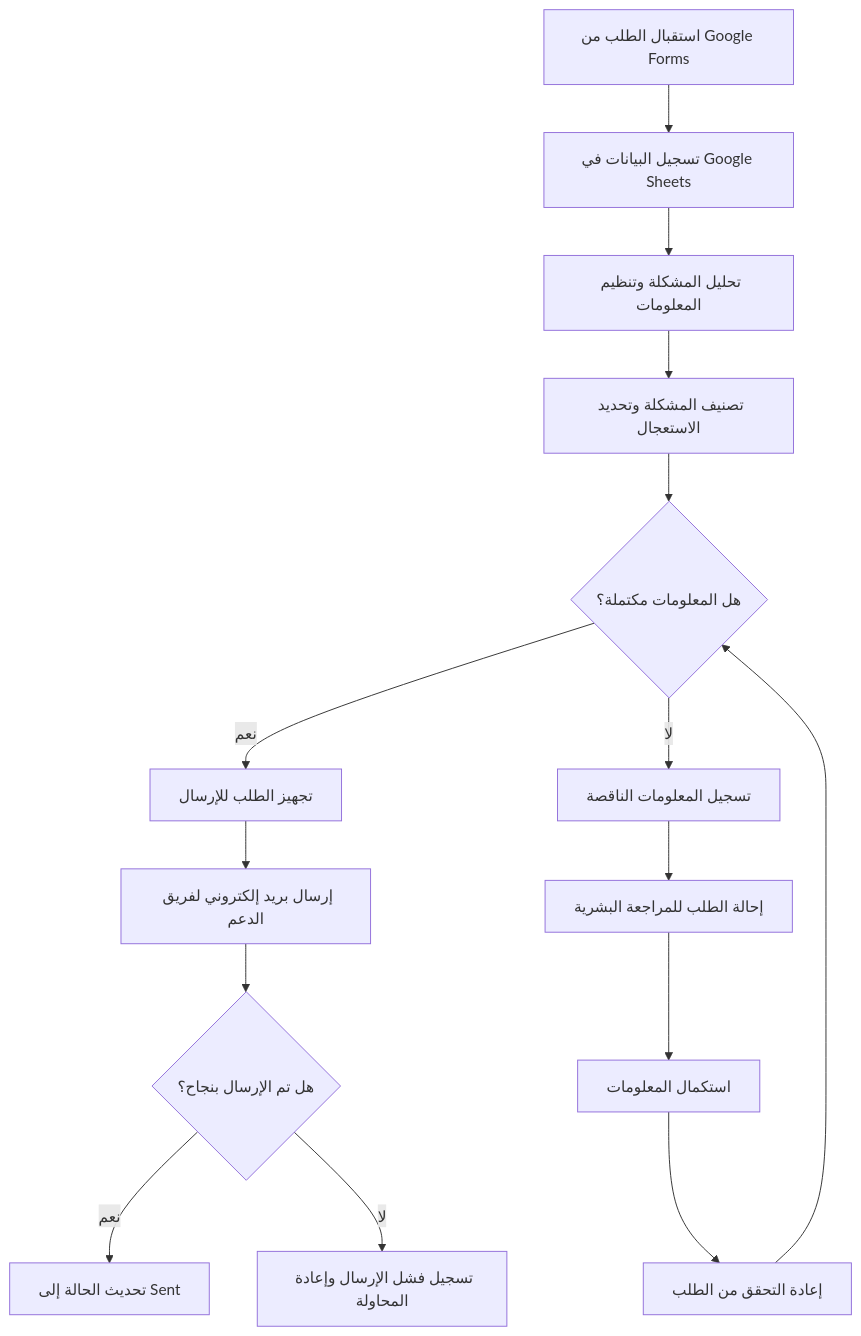
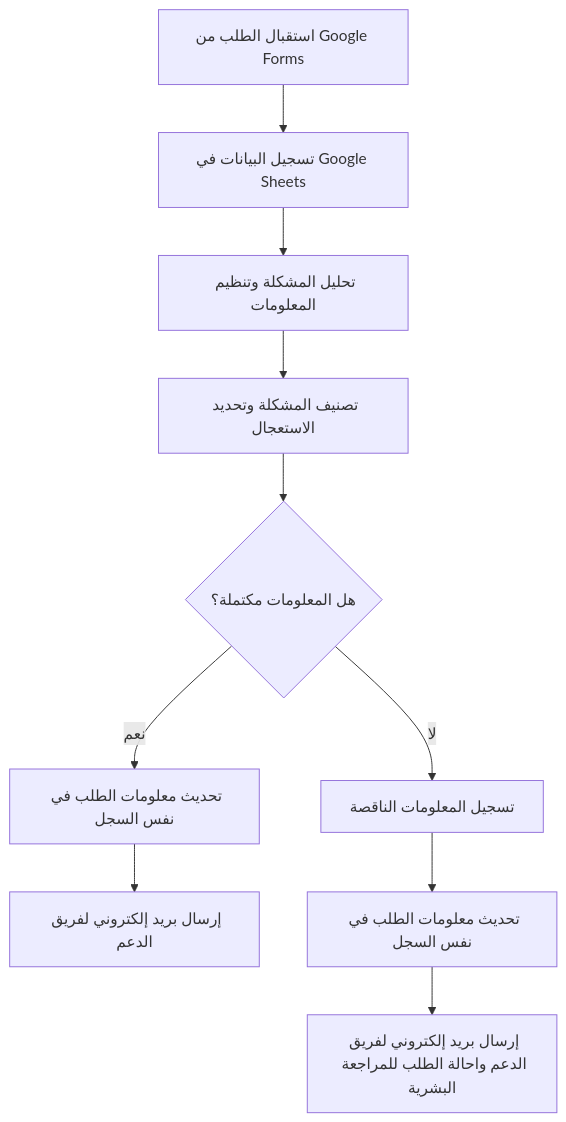
Before and after one commit to mahaalzenati/Receiving-technical-support-requests: the diagram in 02 - Workflow Decomposition.md, drawn with Mermaid. The commit also changed other lines of this file, not shown here.

````diff
--- a/02 - Workflow Decomposition.md
+++ b/02 - Workflow Decomposition.md
@@ -92,26 +85,24 @@
 ```mermaid
 flowchart TD
     A[استقبال الطلب من Google Forms]
     B[تسجيل البيانات في Google Sheets]
     C[تحليل المشكلة وتنظيم المعلومات]
     D[تصنيف المشكلة وتحديد الاستعجال]
     E{هل المعلومات مكتملة؟}
 
-    F[تجهيز الطلب للإرسال]
+    F[تحديث معلومات الطلب في نفس السجل]
     G[إرسال بريد إلكتروني لفريق الدعم]
-    H{هل تم الإرسال بنجاح؟}
-    I[تحديث الحالة إلى Sent]
-    J[تسجيل فشل الإرسال وإعادة المحاولة]
+   
+  
 
     K[تسجيل المعلومات الناقصة]
-    L[إحالة الطلب للمراجعة البشرية]
-    M[استكمال المعلومات]
-    N[إعادة التحقق من الطلب]
+    L[تحديث معلومات الطلب في نفس السجل]
+    M[إرسال بريد إلكتروني لفريق الدعم واحالة الطلب للمراجعة البشرية]
+    
 
     A --> B --> C --> D --> E
-    E -- نعم --> F --> G --> H
-    H -- نعم --> I
-    H -- لا --> J
-    E -- لا --> K --> L --> M --> N
-    N --> E
+    E -- نعم --> F --> G 
+  
+    E -- لا --> K --> L --> M 
+  
 ```
````
